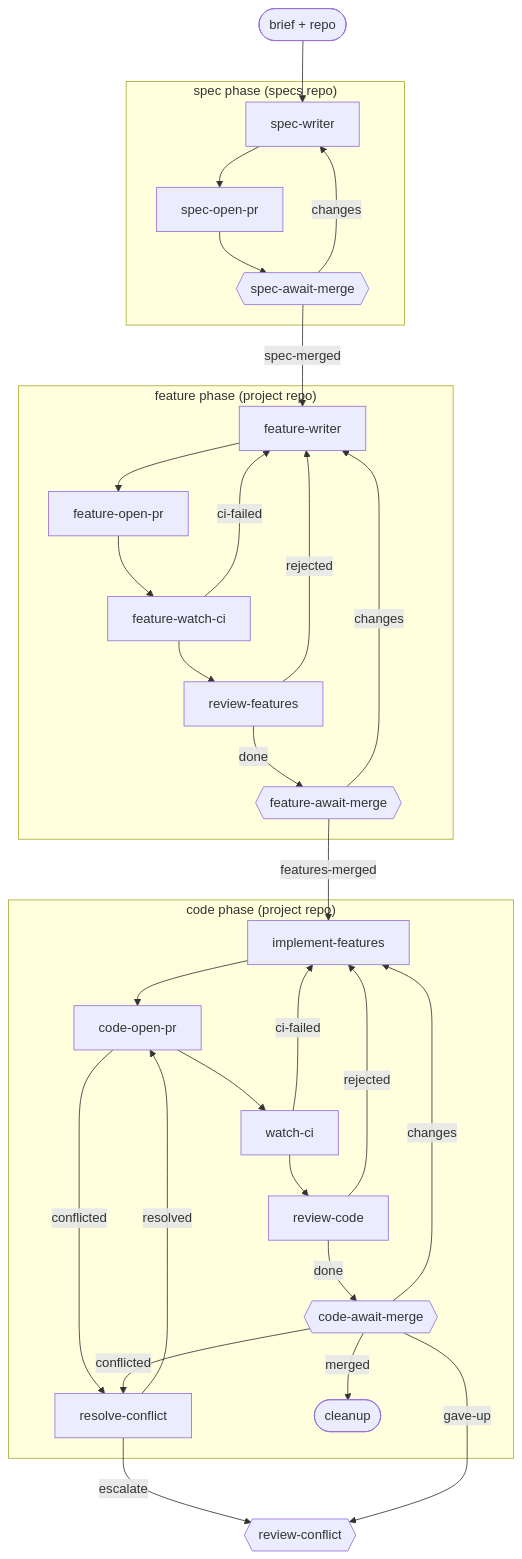
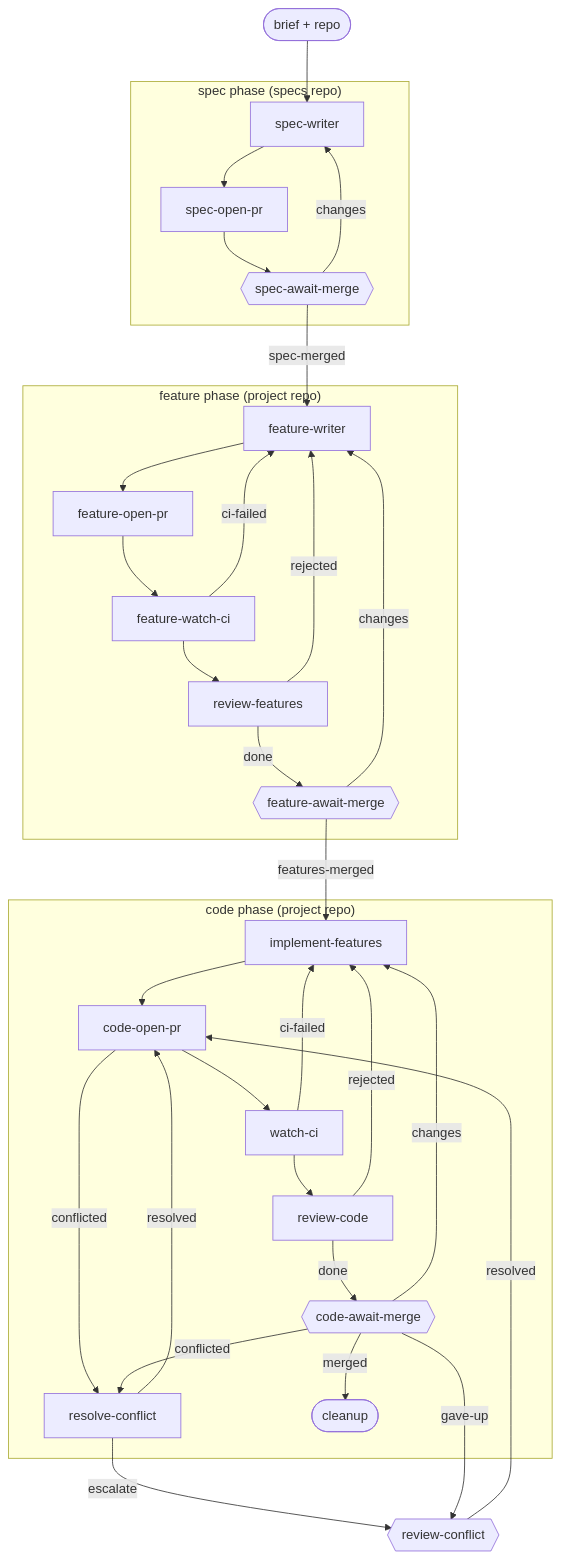
Before and after one commit to kenmclennan/lightcycle-workflows: the diagram in docs/bdd-driven.md, drawn with Mermaid. The commit also changed 11 other files, not shown here.

````diff
--- a/docs/bdd-driven.md
+++ b/docs/bdd-driven.md
@@ -15,30 +15,31 @@
 ```mermaid
 flowchart TD
     brief(["brief + repo"]) --> SW["spec-writer"]
     subgraph S ["spec phase (specs repo)"]
         SW --> SOP["spec-open-pr"] --> SAM{{"spec-await-merge"}}
         SAM -->|changes| SW
     end
     SAM -->|spec-merged| FW["feature-writer"]
     subgraph F ["feature phase (project repo)"]
         FW --> FOP["feature-open-pr"] --> FWCI["feature-watch-ci"] --> RF["review-features"]
         FWCI -->|ci-failed| FW
         RF -->|rejected| FW
         RF -->|done| FAM{{"feature-await-merge"}}
         FAM -->|changes| FW
     end
     FAM -->|features-merged| IF["implement-features"]
     subgraph C ["code phase (project repo)"]
         IF --> COP["code-open-pr"] --> WCI["watch-ci"] --> RC["review-code"]
         WCI -->|ci-failed| IF
         RC -->|rejected| IF
         RC -->|done| CAM{{"code-await-merge"}}
         CAM -->|changes| IF
         COP -->|conflicted| RCF["resolve-conflict"]
         CAM -->|conflicted| RCF
         RCF -->|resolved| COP
         CAM -->|merged| CU(["cleanup"])
     end
     RCF -->|escalate| RCON{{"review-conflict"}}
     CAM -->|gave-up| RCON
+    RCON -->|resolved| COP
 ```
````
